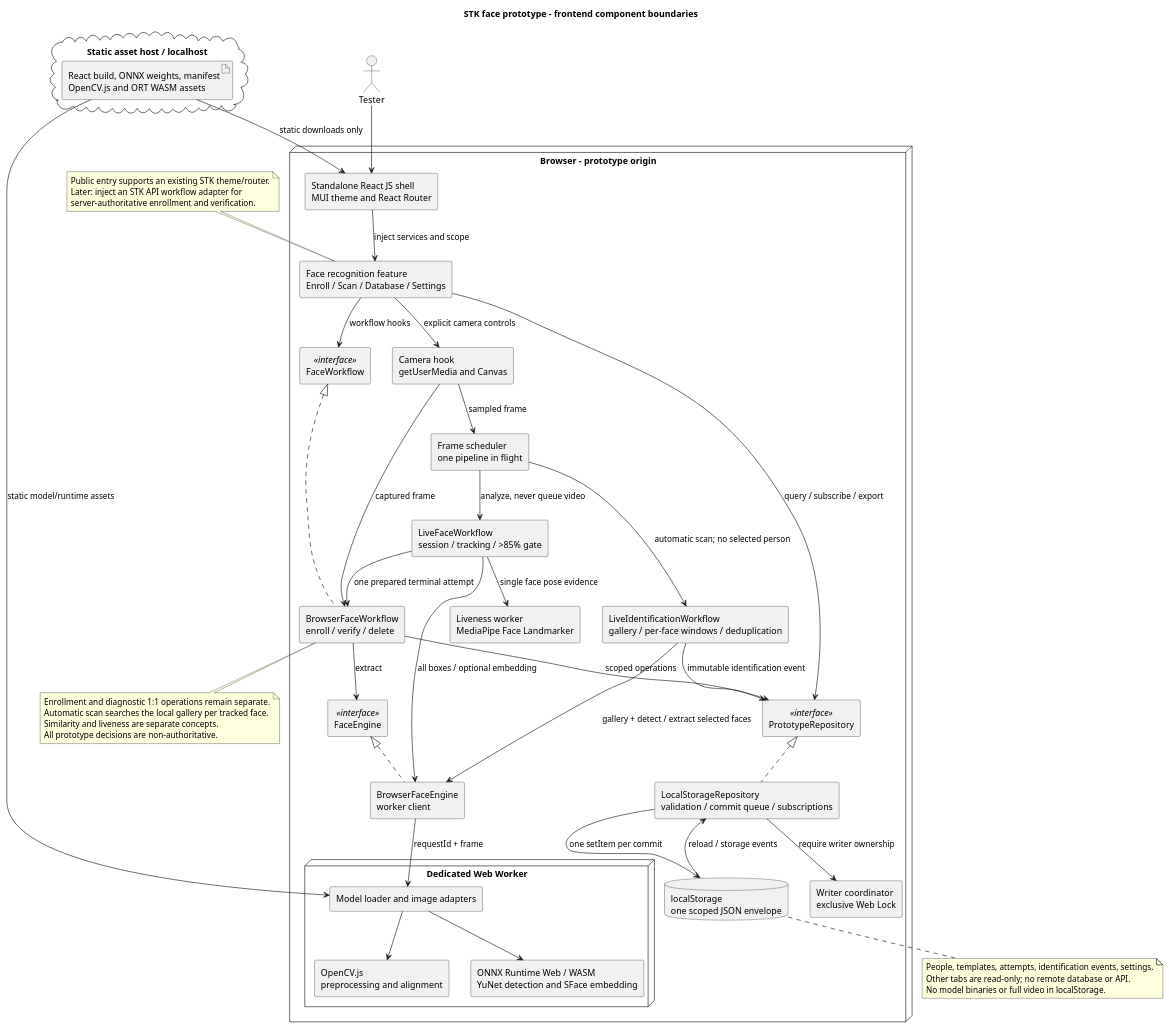
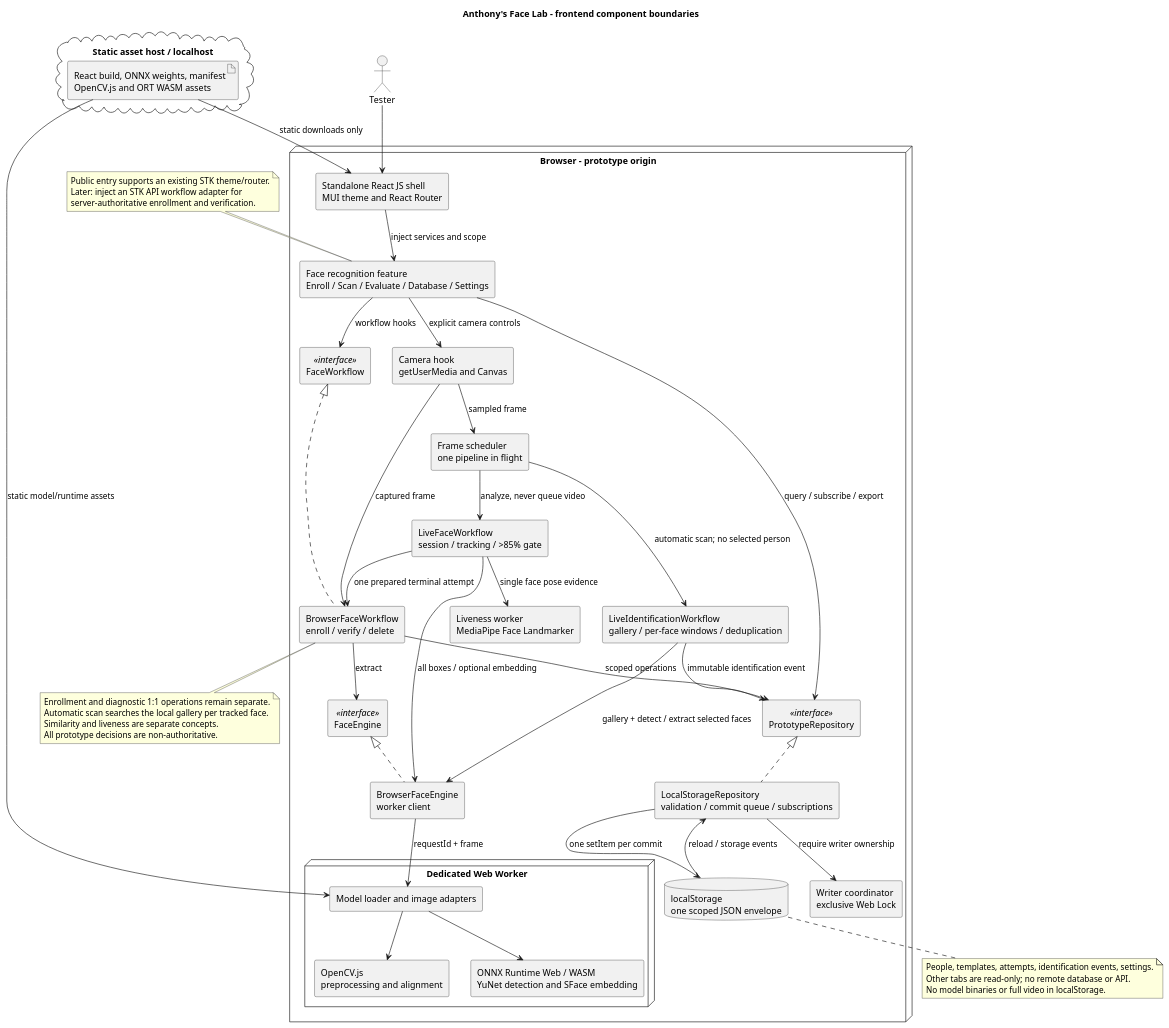
One commit to pixelDigitTony/face-recog-prototype changed the first of 9 diagrams in docs/STK_FACE_RECOGNITION_PROTOTYPE_UML.puml. Above: the diagram before and after it, drawn with PlantUML. The commit also changed other lines of this file and 41 other files, not shown here.

```diff
--- a/docs/STK_FACE_RECOGNITION_PROTOTYPE_UML.puml
+++ b/docs/STK_FACE_RECOGNITION_PROTOTYPE_UML.puml
@@ -5,81 +5,81 @@
 @startuml stk_face_prototype_components
-title STK face prototype - frontend component boundaries
+title Anthony's Face Lab - frontend component boundaries
 top to bottom direction
 skinparam componentStyle rectangle
 skinparam shadowing false
 
 actor Tester
 cloud "Static asset host / localhost" as Assets {
   artifact "React build, ONNX weights, manifest\nOpenCV.js and ORT WASM assets" as Files
 }
 
 node "Browser - prototype origin" as Browser {
   component "Standalone React JS shell\nMUI theme and React Router" as Shell
-  component "Face recognition feature\nEnroll / Scan / Database / Settings" as Feature
+  component "Face recognition feature\nEnroll / Scan / Evaluate / Database / Settings" as Feature
   component "FaceWorkflow" as WorkflowPort <<interface>>
   component "BrowserFaceWorkflow\nenroll / verify / delete" as Workflow
   component "PrototypeRepository" as RepositoryPort <<interface>>
   component "LocalStorageRepository\nvalidation / commit queue / subscriptions" as Repository
   component "Writer coordinator\nexclusive Web Lock" as Writer
   database "localStorage\none scoped JSON envelope" as Storage
   component "FaceEngine" as EnginePort <<interface>>
   component "BrowserFaceEngine\nworker client" as Engine
   component "Camera hook\ngetUserMedia and Canvas" as Camera
   component "LiveFaceWorkflow\nsession / tracking / >85% gate" as Live
   component "LiveIdentificationWorkflow\ngallery / per-face windows / deduplication" as Identify
   component "Frame scheduler\none pipeline in flight" as Scheduler
   component "Liveness worker\nMediaPipe Face Landmarker" as Liveness
   node "Dedicated Web Worker" as Worker {
     component "Model loader and image adapters" as Adapters
     component "OpenCV.js\npreprocessing and alignment" as CV
     component "ONNX Runtime Web / WASM\nYuNet detection and SFace embedding" as ORT
   }
 }
 
 Tester --> Shell
 Shell --> Feature : inject services and scope
 Feature --> WorkflowPort : workflow hooks
 WorkflowPort <|.. Workflow
 Feature --> RepositoryPort : query / subscribe / export
 Feature --> Camera : explicit camera controls
 Camera --> Workflow : captured frame
 Camera --> Scheduler : sampled frame
 Scheduler --> Live : analyze, never queue video
 Scheduler --> Identify : automatic scan; no selected person
 Identify --> Engine : gallery + detect / extract selected faces
 Identify --> RepositoryPort : immutable identification event
 Live --> Engine : all boxes / optional embedding
 Live --> Liveness : single face pose evidence
 Live --> Workflow : one prepared terminal attempt
 Workflow --> RepositoryPort : scoped operations
 RepositoryPort <|.. Repository
 Repository --> Writer : require writer ownership
 Repository --> Storage : one setItem per commit
 Storage --> Repository : reload / storage events
 Workflow --> EnginePort : extract
 EnginePort <|.. Engine
 Engine --> Adapters : requestId + frame
 Adapters --> CV
 Adapters --> ORT
 Files --> Shell : static downloads only
 Files --> Adapters : static model/runtime assets
 
 note bottom of Workflow
   Enrollment and diagnostic 1:1 operations remain separate.
   Automatic scan searches the local gallery per tracked face.
   Similarity and liveness are separate concepts.
   All prototype decisions are non-authoritative.
 end note
 
 note bottom of Storage
   People, templates, attempts, identification events, settings.
   Other tabs are read-only; no remote database or API.
   No model binaries or full video in localStorage.
 end note
 
 note top of Feature
   Public entry supports an existing STK theme/router.
   Later: inject an STK API workflow adapter for
   server-authoritative enrollment and verification.
 end note
 @enduml
```
